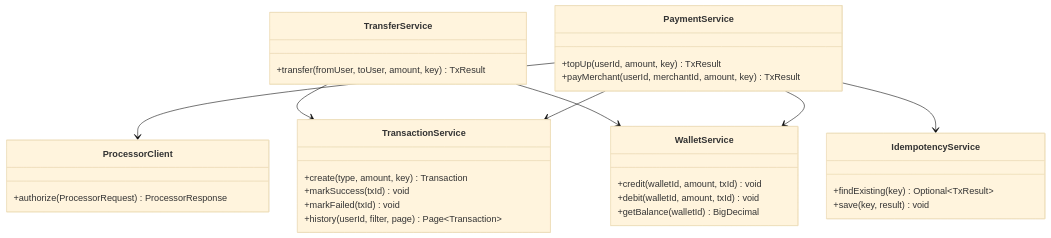
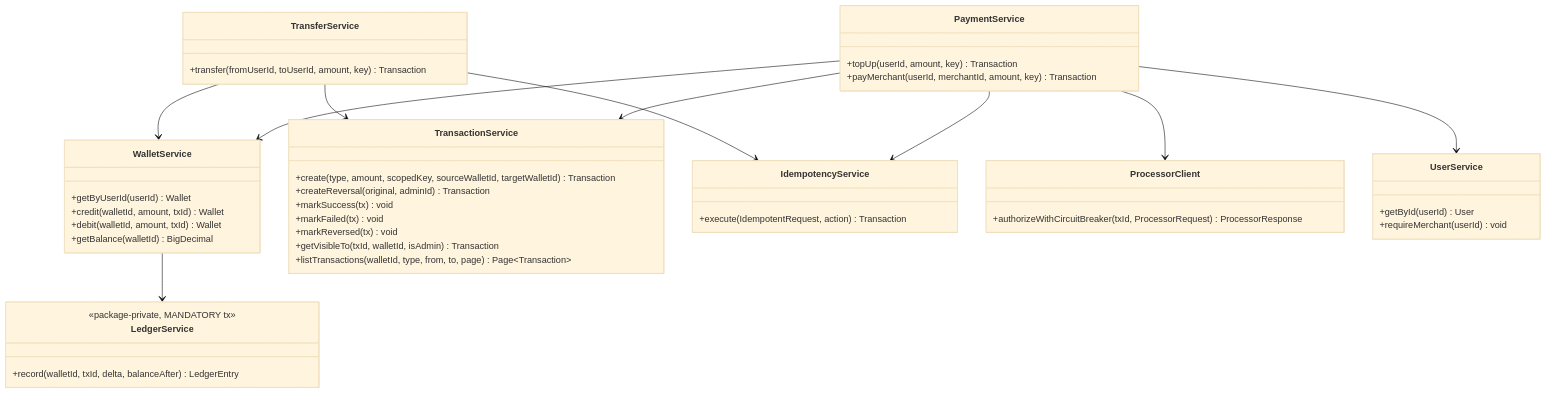
The second of 5 diagrams in docs/LLD.md (M-o-m-e-n/finthos), drawn with Mermaid (base theme) before and after one commit. The commit also changed other lines of this file, not shown here.

Commit message:
docs(lld): document packages, flows, idempotency rules and error mapping

````diff
--- a/docs/LLD.md
+++ b/docs/LLD.md
@@ -116,35 +154,49 @@
 ```mermaid
 classDiagram
     class PaymentService {
-        +topUp(userId, amount, key) TxResult
-        +payMerchant(userId, merchantId, amount, key) TxResult
+        +topUp(userId, amount, key) Transaction
+        +payMerchant(userId, merchantId, amount, key) Transaction
     }
     class TransferService {
-        +transfer(fromUser, toUser, amount, key) TxResult
+        +transfer(fromUserId, toUserId, amount, key) Transaction
     }
     class WalletService {
-        +credit(walletId, amount, txId) void
-        +debit(walletId, amount, txId) void
+        +getByUserId(userId) Wallet
+        +credit(walletId, amount, txId) Wallet
+        +debit(walletId, amount, txId) Wallet
         +getBalance(walletId) BigDecimal
     }
+    class LedgerService {
+        <<package-private, MANDATORY tx>>
+        +record(walletId, txId, delta, balanceAfter) LedgerEntry
+    }
     class TransactionService {
-        +create(type, amount, key) Transaction
-        +markSuccess(txId) void
-        +markFailed(txId) void
-        +history(userId, filter, page) Page~Transaction~
+        +create(type, amount, scopedKey, sourceWalletId, targetWalletId) Transaction
+        +createReversal(original, adminId) Transaction
+        +markSuccess(tx) void
+        +markFailed(tx) void
+        +markReversed(tx) void
+        +getVisibleTo(txId, walletId, isAdmin) Transaction
+        +listTransactions(walletId, type, from, to, page) Page~Transaction~
+    }
+    class IdempotencyService {
+        +execute(IdempotentRequest, action) Transaction
     }
     class ProcessorClient {
-        +authorize(ProcessorRequest) ProcessorResponse
+        +authorizeWithCircuitBreaker(txId, ProcessorRequest) ProcessorResponse
     }
-    class IdempotencyService {
-        +findExisting(key) Optional~TxResult~
-        +save(key, result) void
+    class UserService {
+        +getById(userId) User
+        +requireMerchant(userId) void
     }
 
     PaymentService --> TransactionService
     PaymentService --> ProcessorClient
     PaymentService --> WalletService
     PaymentService --> IdempotencyService
+    PaymentService --> UserService
     TransferService --> WalletService
     TransferService --> TransactionService
+    TransferService --> IdempotencyService
+    WalletService --> LedgerService
 ```
````
